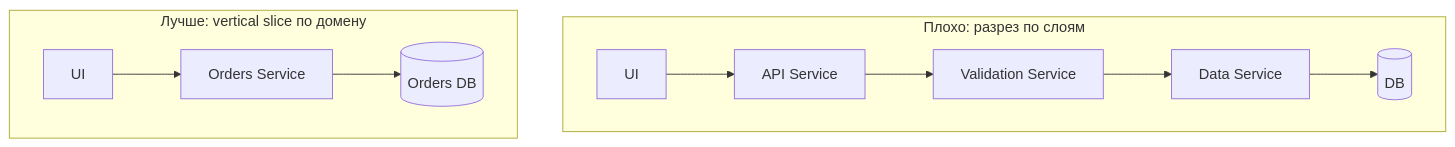
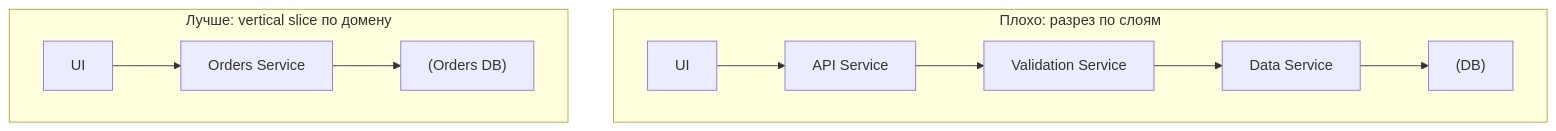
The first of 5 diagrams in directions/architecture/pact/33_antipatterny_i_kriterii_vybora_arkhitektury/02_33_2_tipichnye_oshibki.md (DDoSKudya/ai-study-atlas), drawn with Mermaid before and after one commit. The commit also changed other lines of this file and 322 other files, not shown here.

Commit message:
fix(docs): make mermaid diagrams GitHub-compatible across directions content

````diff
--- a/directions/architecture/pact/33_antipatterny_i_kriterii_vybora_arkhitektury/02_33_2_tipichnye_oshibki.md
+++ b/directions/architecture/pact/33_antipatterny_i_kriterii_vybora_arkhitektury/02_33_2_tipichnye_oshibki.md
@@ -38,14 +38,14 @@
 ```mermaid
 flowchart TB
-  subgraph Bad[Плохо: разрез по слоям]
-    UI1[UI] --> API1[API Service]
-    API1 --> VAL[Validation Service]
-    VAL --> DATA[Data Service]
-    DATA --> DB[(DB)]
+  subgraph Bad["Плохо: разрез по слоям"]
+    UI1["UI"] --> API1["API Service"]
+    API1 --> VAL["Validation Service"]
+    VAL --> DATA["Data Service"]
+    DATA --> DB["(DB)"]
   end
 
-  subgraph Good[Лучше: vertical slice по домену]
-    UI2[UI] --> ORD[Orders Service]
-    ORD --> ODB[(Orders DB)]
+  subgraph Good["Лучше: vertical slice по домену"]
+    UI2["UI"] --> ORD["Orders Service"]
+    ORD --> ODB["(Orders DB)"]
   end
 ```
````
